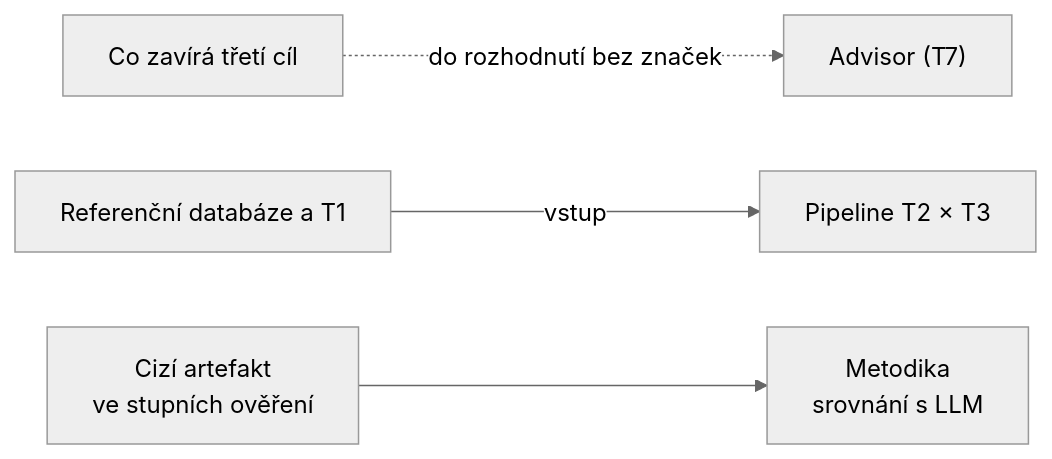
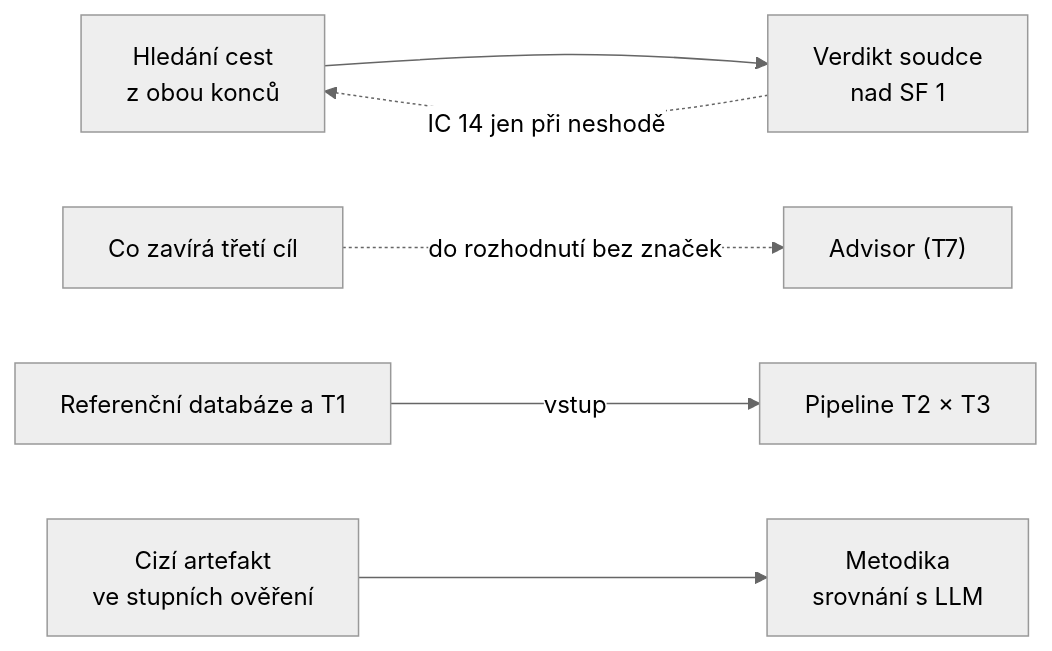
The diagram in docs/open-items.md (MiraStochel/orm-convertor), drawn with Mermaid (neutral theme) before and after one commit. The commit also changed other lines of this file and 4 other files, not shown here.

````diff
--- a/docs/open-items.md
+++ b/docs/open-items.md
@@ -66,6 +74,8 @@
 ```mermaid
 flowchart LR
+    W["Hledání cest<br/>z obou konců"] --> V["Verdikt soudce<br/>nad SF 1"]
+    V -.->|"IC 14 jen při neshodě"| W
     G["Co zavírá třetí cíl"] -.->|"do rozhodnutí bez značek"| A["Advisor (T7)"]
     DB["Referenční databáze a T1"] -->|vstup| P["Pipeline T2 × T3"]
     X["Cizí artefakt<br/>ve stupních ověření"] --> L["Metodika<br/>srovnání s LLM"]
 ```
````
